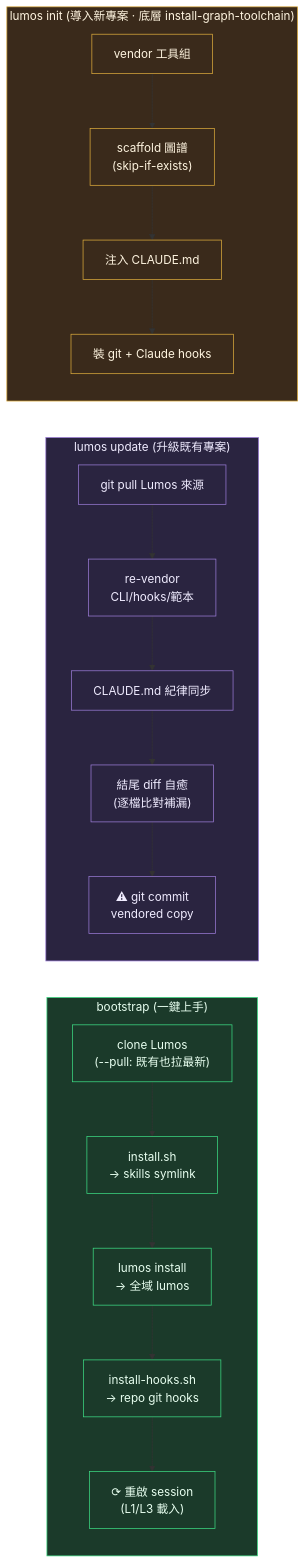
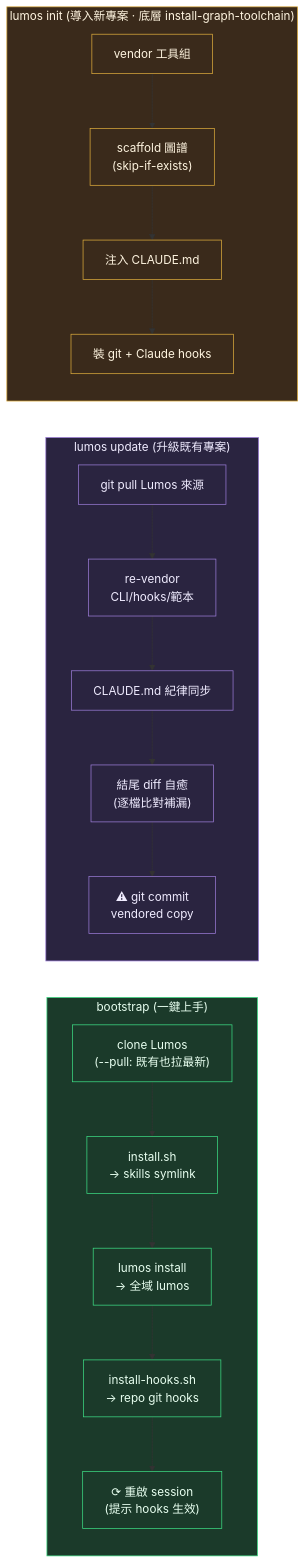
The second of 4 diagrams in ARCHITECTURE.md (EnzoHsieh-Android/Lumos), drawn with Mermaid before and after one commit. The commit also changed other lines of this file and 3 other files, not shown here.

````diff
--- a/ARCHITECTURE.md
+++ b/ARCHITECTURE.md
@@ -64,32 +64,32 @@
 ```mermaid
 flowchart LR
     subgraph BOOT["bootstrap (一鍵上手)"]
         direction TB
         B1["clone Lumos<br/>(--pull: 既有也拉最新)"] --> B2["install.sh<br/>→ skills symlink"]
         B2 --> B3["lumos install<br/>→ 全域 lumos"]
         B3 --> B4["install-hooks.sh<br/>→ repo git hooks"]
-        B4 --> B5["⟳ 重啟 session<br/>(L1/L3 載入)"]
+        B4 --> B5["⟳ 重啟 session<br/>(提示 hooks 生效)"]
     end
 
     subgraph UPD["lumos update (升級既有專案)"]
         direction TB
         U1["git pull Lumos 來源"] --> U2["re-vendor<br/>CLI/hooks/範本"]
         U2 --> U3["CLAUDE.md 紀律同步"]
         U3 --> U4["結尾 diff 自癒<br/>(逐檔比對補漏)"]
         U4 --> U5["⚠ git commit<br/>vendored copy"]
     end
 
     subgraph NEW["lumos init (導入新專案 · 底層 install-graph-toolchain)"]
         direction TB
         N1["vendor 工具組"] --> N2["scaffold 圖譜<br/>(skip-if-exists)"]
         N2 --> N3["注入 CLAUDE.md"]
         N3 --> N4["裝 git + Claude hooks"]
     end
 
     classDef boot fill:#1b3a2a,stroke:#3ddc84,color:#e8fff0
     classDef upd fill:#2a2440,stroke:#9a7bd6,color:#f0ecff
     classDef new fill:#3a2a1b,stroke:#dcab3d,color:#fff5e0
     class BOOT,B1,B2,B3,B4,B5 boot
     class UPD,U1,U2,U3,U4,U5 upd
     class NEW,N1,N2,N3,N4 new
 ```
````
